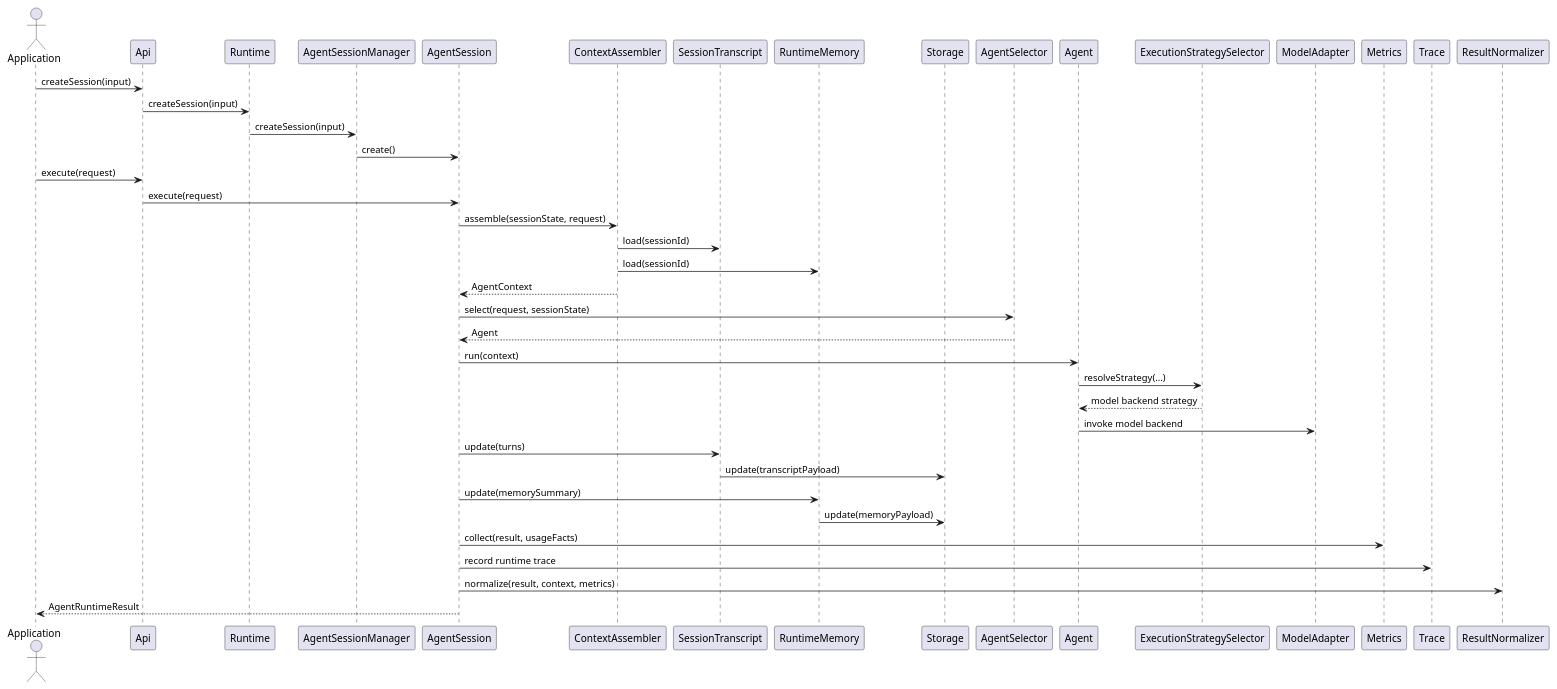
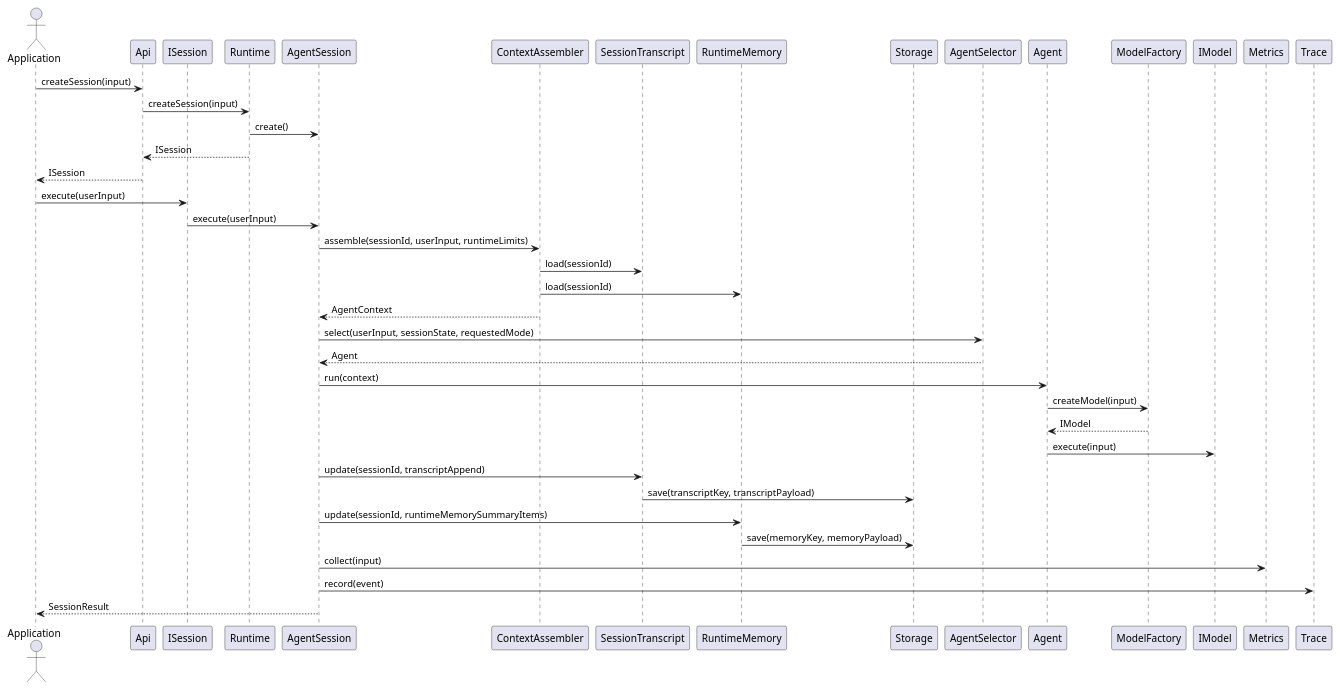
Before and after one commit to lucky-chen/ai_workflow_travel: the first of 5 diagrams in infra_projects/projects/agent_runtime/docs/TechnicalArchitecture.md, drawn with PlantUML. The commit also changed other lines of this file and 32 other files, not shown here.

First line of the commit message:
[AI] gpt-5.4: implement agent runtime src_new foundation and align plans

````diff
--- a/infra_projects/projects/agent_runtime/docs/TechnicalArchitecture.md
+++ b/infra_projects/projects/agent_runtime/docs/TechnicalArchitecture.md
@@ -380,45 +380,44 @@
 ```plantuml
 @startuml
 actor Application
 participant Api
+participant ISession
 participant Runtime
-participant AgentSessionManager
 participant AgentSession
 participant ContextAssembler
 participant SessionTranscript
 participant RuntimeMemory
 participant Storage
 participant AgentSelector
 participant Agent
-participant ExecutionStrategySelector
-participant ModelAdapter
+participant ModelFactory
+participant IModel
 participant Metrics
 participant Trace
-participant ResultNormalizer
 
 Application -> Api: createSession(input)
 Api -> Runtime: createSession(input)
-Runtime -> AgentSessionManager: createSession(input)
-AgentSessionManager -> AgentSession: create()
-Application -> Api: execute(request)
-Api -> AgentSession: execute(request)
-AgentSession -> ContextAssembler: assemble(sessionState, request)
+Runtime -> AgentSession: create()
+Runtime --> Api: ISession
+Api --> Application: ISession
+Application -> ISession: execute(userInput)
+ISession -> AgentSession: execute(userInput)
+AgentSession -> ContextAssembler: assemble(sessionId, userInput, runtimeLimits)
 ContextAssembler -> SessionTranscript: load(sessionId)
 ContextAssembler -> RuntimeMemory: load(sessionId)
 ContextAssembler --> AgentSession: AgentContext
-AgentSession -> AgentSelector: select(request, sessionState)
+AgentSession -> AgentSelector: select(userInput, sessionState, requestedMode)
 AgentSelector --> AgentSession: Agent
 AgentSession -> Agent: run(context)
-Agent -> ExecutionStrategySelector: resolveStrategy(...)
-ExecutionStrategySelector --> Agent: model backend strategy
-Agent -> ModelAdapter: invoke model backend
-AgentSession -> SessionTranscript: update(turns)
-SessionTranscript -> Storage: update(transcriptPayload)
-AgentSession -> RuntimeMemory: update(memorySummary)
-RuntimeMemory -> Storage: update(memoryPayload)
-AgentSession -> Metrics: collect(result, usageFacts)
-AgentSession -> Trace: record runtime trace
-AgentSession -> ResultNormalizer: normalize(result, context, metrics)
-AgentSession --> Application: AgentRuntimeResult
+Agent -> ModelFactory: createModel(input)
+ModelFactory --> Agent: IModel
+Agent -> IModel: execute(input)
+AgentSession -> SessionTranscript: update(sessionId, transcriptAppend)
+SessionTranscript -> Storage: save(transcriptKey, transcriptPayload)
+AgentSession -> RuntimeMemory: update(sessionId, runtimeMemorySummaryItems)
+RuntimeMemory -> Storage: save(memoryKey, memoryPayload)
+AgentSession -> Metrics: collect(input)
+AgentSession -> Trace: record(event)
+AgentSession --> Application: SessionResult
 @enduml
 ```
````
